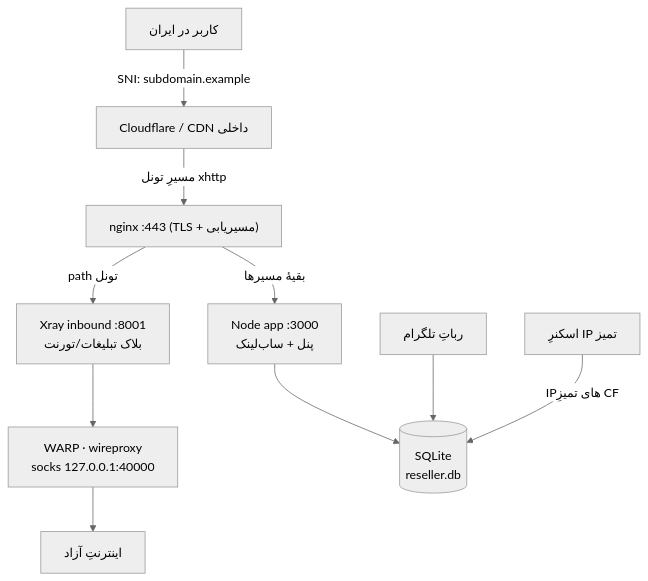
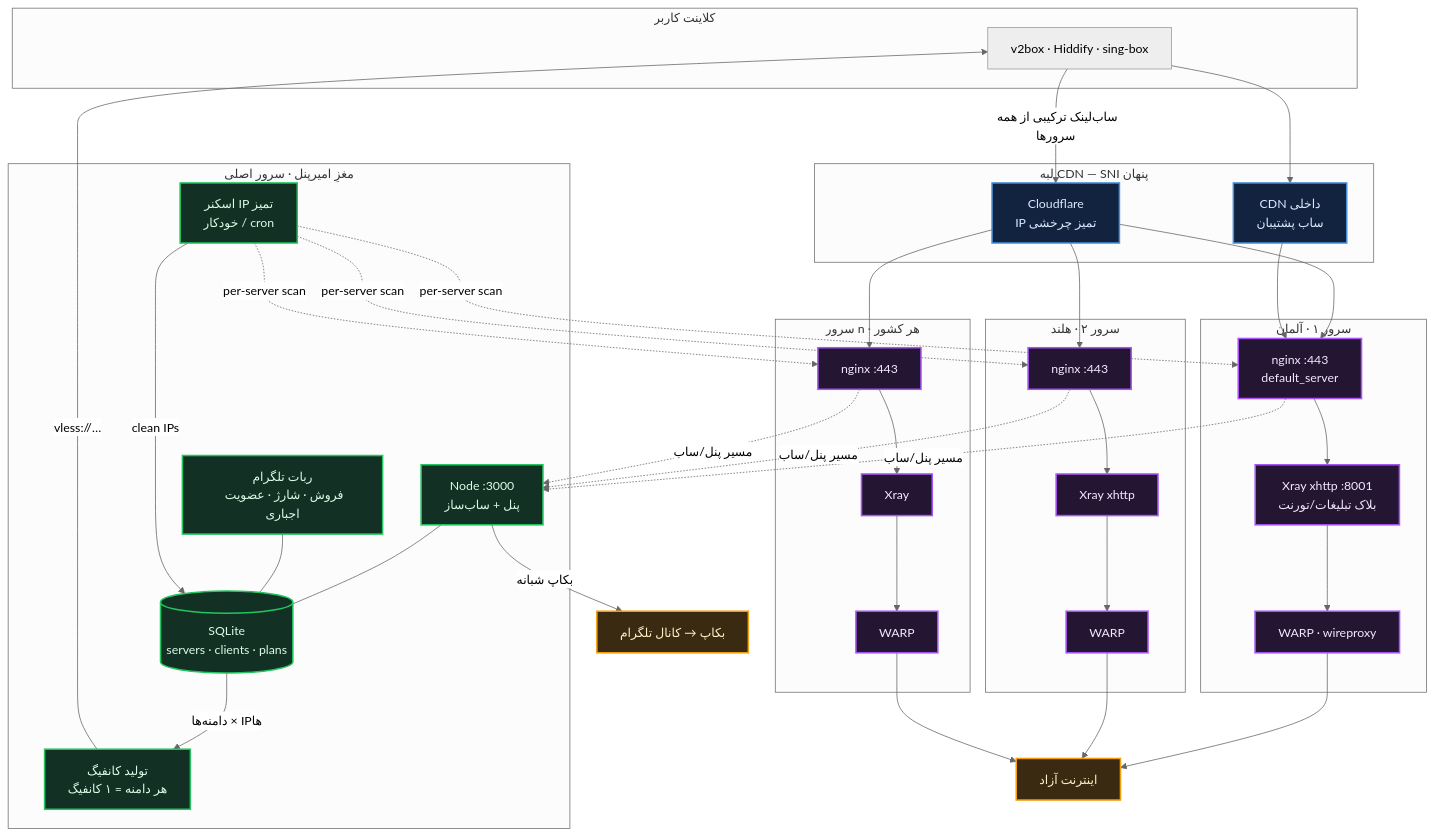
One commit to amirgraph/xui-reseller changed the diagram in README.md. Above: the diagram before and after it, drawn with Mermaid (neutral theme). The commit also changed other lines of this file, not shown here.

Commit message:
docs: سوییچِ زبان + کانالِ چشم‌گیرِ بالا + دیاگرامِ معماریِ چندسرورهٔ حرفه‌ای

````diff
--- a/README.md
+++ b/README.md
@@ -75,12 +46,52 @@
 ```mermaid
-flowchart TD
-  U["کاربر در ایران"] -->|"SNI: subdomain.example"| CF["Cloudflare / CDN داخلی"]
-  CF -->|"مسیرِ تونل xhttp"| NG["nginx :443 (TLS + مسیریابی)"]
-  NG -->|"path تونل"| XR["Xray inbound :8001<br/>بلاک تبلیغات/تورنت"]
-  NG -->|"بقیهٔ مسیرها"| ND["Node app :3000<br/>پنل + ساب‌لینک"]
-  XR --> WP["WARP · wireproxy<br/>socks 127.0.0.1:40000"]
-  WP --> NET["اینترنتِ آزاد"]
-  ND --> DB[("SQLite<br/>reseller.db")]
-  BOT["رباتِ تلگرام"] --> DB
-  SC["اسکنرِ IP تمیز"] -->|"IPهای تمیزِ CF"| DB
+flowchart TB
+    subgraph CLIENT["کلاینت کاربر"]
+        APP["v2box · Hiddify · sing-box"]
+    end
+
+    subgraph EDGE["لبه CDN — SNI پنهان"]
+        CF["Cloudflare<br/>IP تمیز چرخشی"]
+        ARVAN["CDN داخلی<br/>ساب پشتیبان"]
+    end
+
+    subgraph SRV1["سرور ۱ · آلمان"]
+        NG1["nginx :443<br/>default_server"] --> XR1["Xray xhttp :8001<br/>بلاک تبلیغات/تورنت"] --> WP1["WARP · wireproxy"]
+    end
+    subgraph SRV2["سرور ۲ · هلند"]
+        NG2["nginx :443"] --> XR2["Xray xhttp"] --> WP2["WARP"]
+    end
+    subgraph SRVn["سرور n · هر کشور"]
+        NGn["nginx :443"] --> XRn["Xray"] --> WPn["WARP"]
+    end
+
+    subgraph BRAIN["مغزِ امیرپنل · سرور اصلی"]
+        NODE["Node :3000<br/>پنل + ساب‌ساز"]
+        BOT["ربات تلگرام<br/>فروش · شارژ · عضویت اجباری"]
+        DB[("SQLite<br/>servers · clients · plans")]
+        SCAN["اسکنر IP تمیز<br/>خودکار / cron"]
+        GEN["تولید کانفیگ<br/>هر دامنه = ۱ کانفیگ"]
+        NODE --- DB
+        BOT --- DB
+        SCAN -->|"clean IPs"| DB
+        DB -->|"دامنه‌ها × IPها"| GEN
+    end
+
+    APP -->|"ساب‌لینک ترکیبی از همه سرورها"| CF
+    APP --> ARVAN
+    CF --> NG1 & NG2 & NGn
+    ARVAN --> NG1
+    NG1 & NG2 & NGn -.->|"مسیر پنل/ساب"| NODE
+    WP1 & WP2 & WPn --> NET["اینترنت آزاد"]
+    GEN -->|"vless://…"| APP
+    NODE -->|"بکاپ شبانه"| TG["بکاپ → کانال تلگرام"]
+    SCAN -.->|"per-server scan"| NG1 & NG2 & NGn
+
+    classDef edge fill:#12233f,stroke:#4a90d9,color:#dbeafe,stroke-width:2px
+    classDef srv fill:#241633,stroke:#a855f7,color:#f3e8ff,stroke-width:2px
+    classDef brain fill:#123023,stroke:#22c55e,color:#dcfce7,stroke-width:2px
+    classDef net fill:#3a2a12,stroke:#f59e0b,color:#fef3c7,stroke-width:2px
+    class CF,ARVAN edge
+    class NG1,XR1,WP1,NG2,XR2,WP2,NGn,XRn,WPn srv
+    class NODE,BOT,DB,SCAN,GEN brain
+    class NET,TG net
 ```
````
